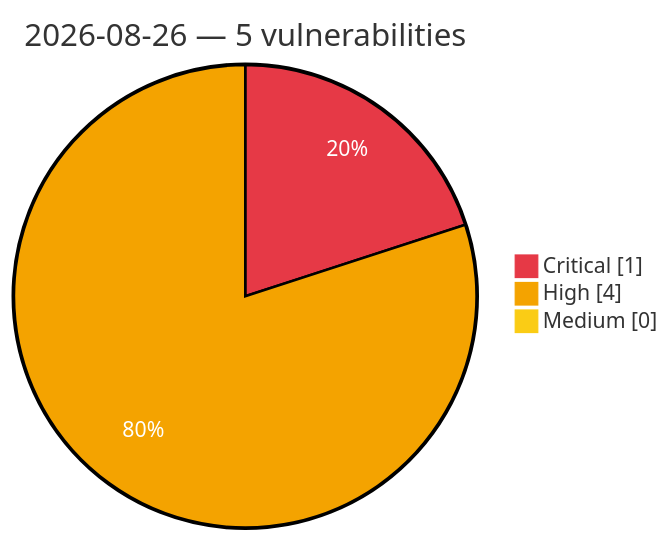
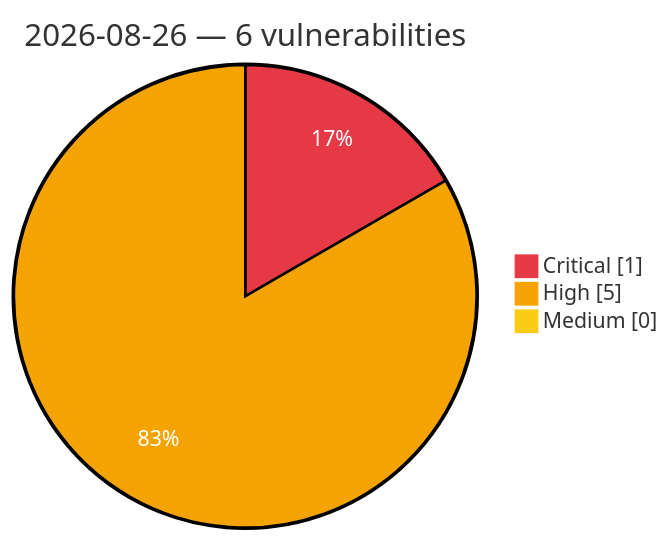
One commit to GhostX0X/vuln-tracker changed the diagram in vulnerabilities/2026/August/2026-08-26.md. Above: the diagram before and after it, drawn with Mermaid. The commit also changed other lines of this file and 5 other files, not shown here.

````diff
--- a/vulnerabilities/2026/August/2026-08-26.md
+++ b/vulnerabilities/2026/August/2026-08-26.md
@@ -3,8 +3,8 @@
 ```mermaid
 %%{init: {'theme':'base', 'themeVariables': {'pie1':'#e63946', 'pie2':'#f4a300', 'pie3':'#facc15', 'pieOpacity':'1', 'pieOuterStrokeWidth':'2px', 'pieSectionTextColor':'#ffffff'}}}%%
 pie showData
-    title 2026-08-26 — 5 vulnerabilities
+    title 2026-08-26 — 6 vulnerabilities
     "Critical" : 1
-    "High" : 4
+    "High" : 5
     "Medium" : 0
 ```
````
